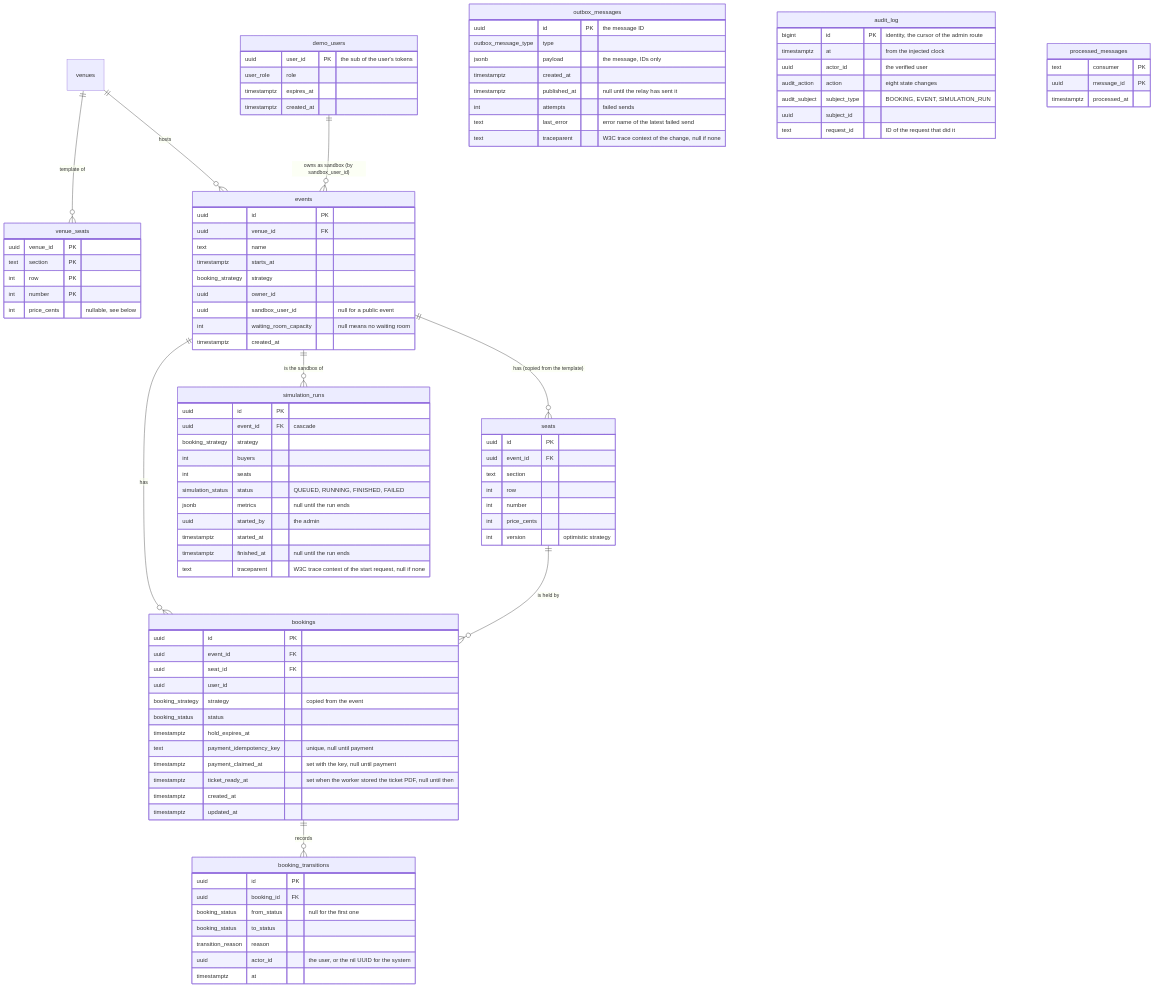
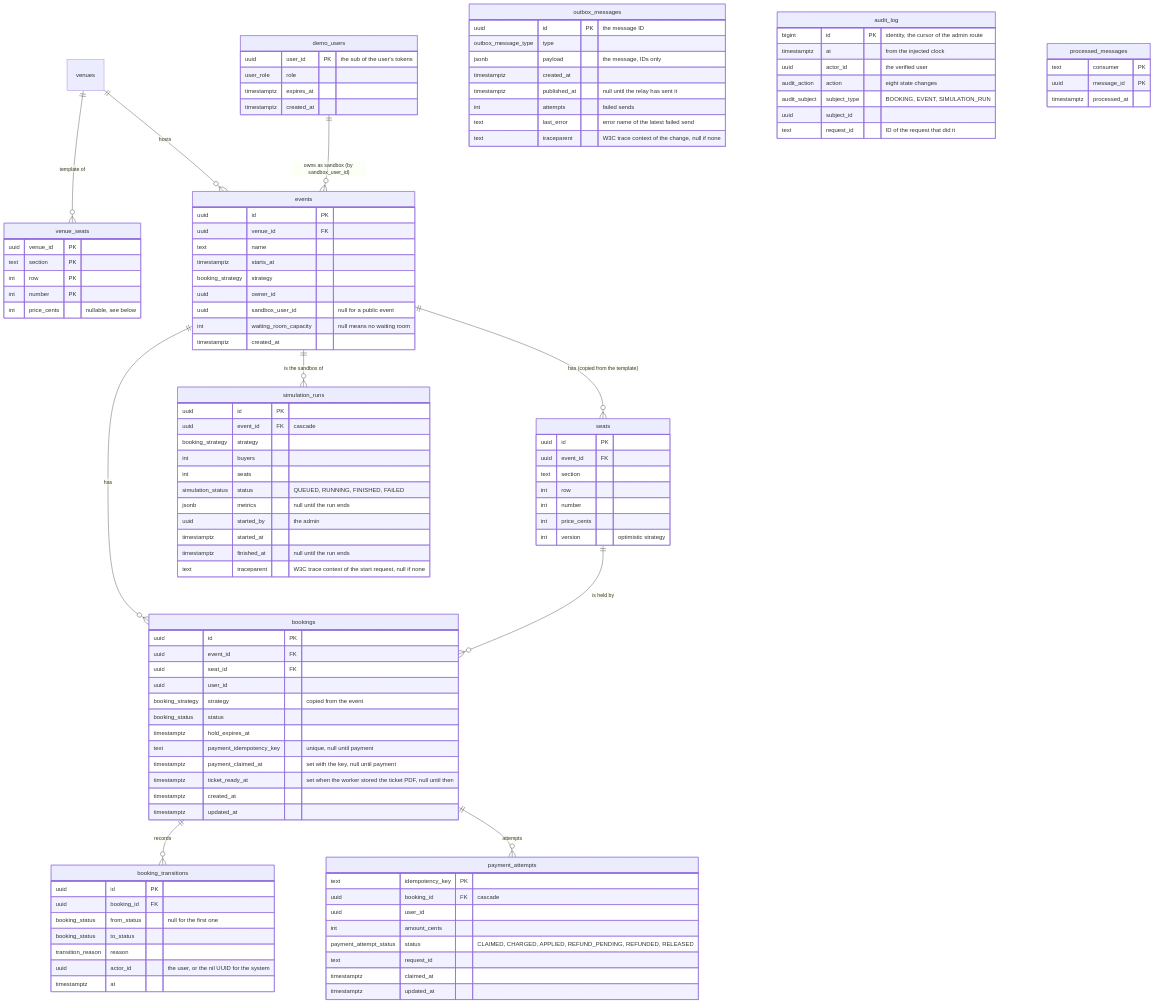
One commit to oguzbits/ticketmaster changed the first of 2 diagrams in docs/data-model.md. Above: the diagram before and after it, drawn with Mermaid. The commit also changed other lines of this file and 56 other files, not shown here.

Commit message:
feat(bookings,waiting-room): add payment reconciliation and signed admission tokens

````diff
--- a/docs/data-model.md
+++ b/docs/data-model.md
@@ -16,6 +16,7 @@
     events ||--o{ simulation_runs : "is the sandbox of"
     seats ||--o{ bookings : "is held by"
     bookings ||--o{ booking_transitions : "records"
+    bookings ||--o{ payment_attempts : "attempts"
     demo_users ||--o{ events : "owns as sandbox (by sandbox_user_id)"
 
     venue_seats {
@@ -111,4 +112,14 @@
         uuid message_id PK
         timestamptz processed_at
     }
+    payment_attempts {
+        text idempotency_key PK
+        uuid booking_id FK "cascade"
+        uuid user_id
+        int amount_cents
+        payment_attempt_status status "CLAIMED, CHARGED, APPLIED, REFUND_PENDING, REFUNDED, RELEASED"
+        text request_id
+        timestamptz claimed_at
+        timestamptz updated_at
+    }
 ```
````
